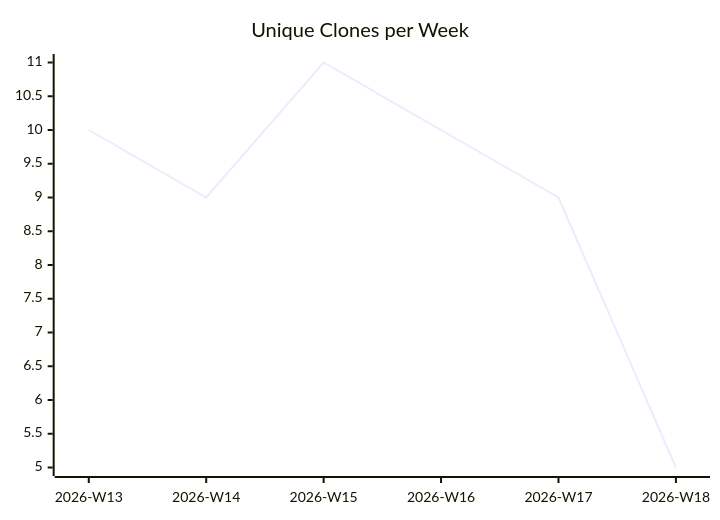
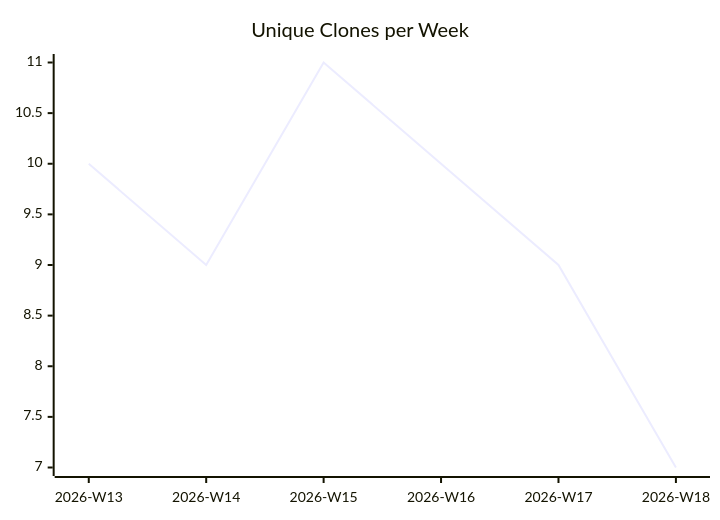
Before and after one commit to justdavis-family/github-analytics-data: the third of 3 diagrams in karlmdavis/usgs-water-api-java/README.md, drawn with Mermaid. The commit also changed other lines of this file and 184 other files, not shown here.

````diff
--- a/karlmdavis/usgs-water-api-java/README.md
+++ b/karlmdavis/usgs-water-api-java/README.md
@@ -19,6 +19,6 @@
 ```mermaid
 xychart-beta
   title "Unique Clones per Week"
   x-axis ["2026-W13", "2026-W14", "2026-W15", "2026-W16", "2026-W17", "2026-W18"]
-  line [10, 9, 11, 10, 9, 5]
+  line [10, 9, 11, 10, 9, 7]
 ```
````
